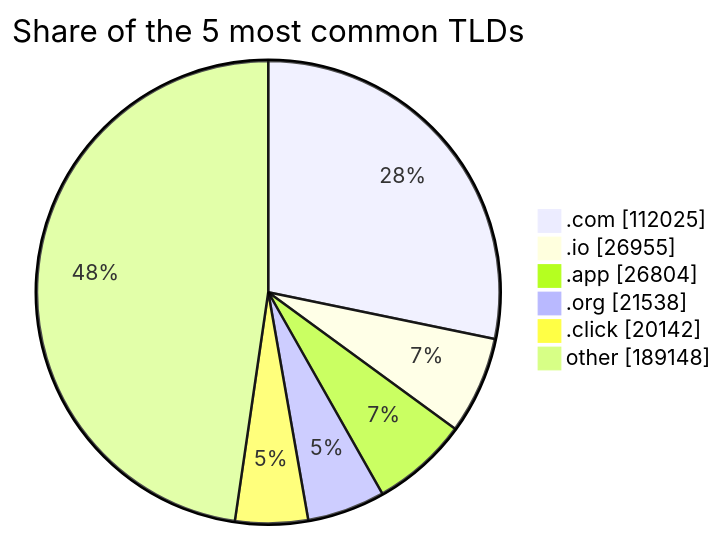
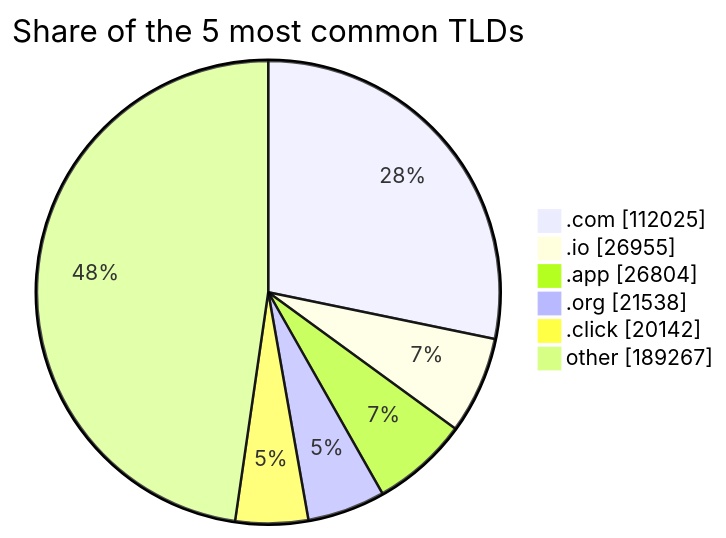
The third of 3 diagrams in README.md (DNSBunker/CTI), drawn with Mermaid before and after one commit. The commit also changed other lines of this file and 3 other files, not shown here.

````diff
--- a/README.md
+++ b/README.md
@@ -81,9 +81,9 @@
 ```mermaid
 pie showData title Share of the 5 most common TLDs
     ".com" : 112025
     ".io" : 26955
     ".app" : 26804
     ".org" : 21538
     ".click" : 20142
-    "other" : 189148
+    "other" : 189267
 ```
````
